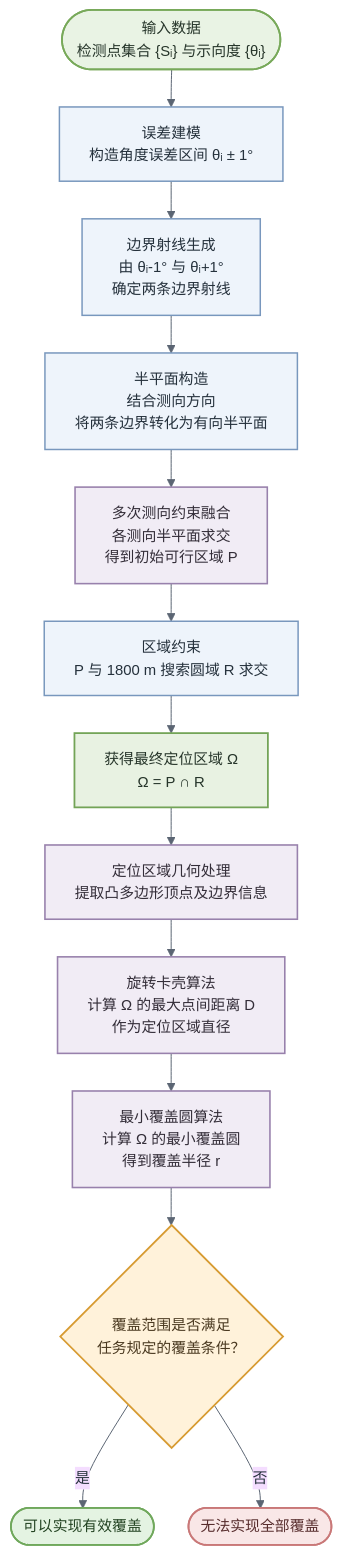
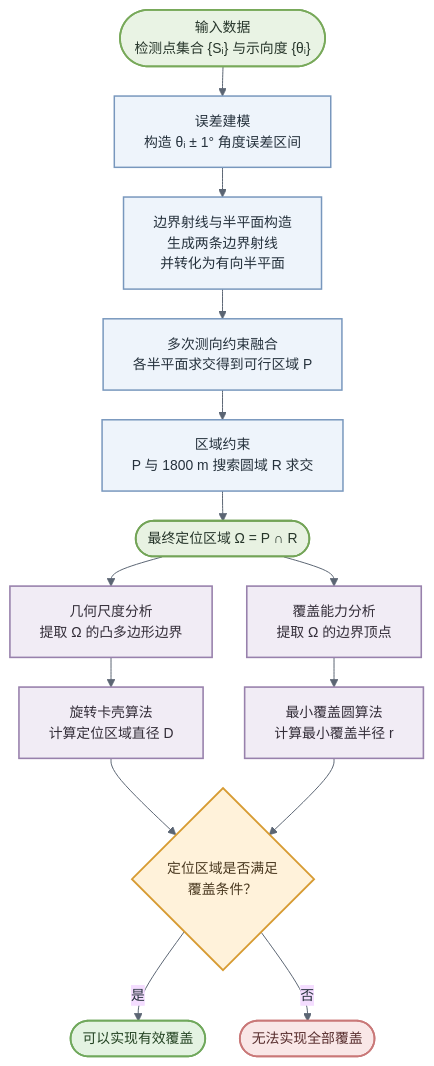
The diagram in all/未命名.md (Kristine922/iodraw-files), drawn with Mermaid before and after one commit.

Commit message:
2026-09-11 18:46:15 update

````diff
--- a/all/未命名.md
+++ b/all/未命名.md
@@ -1,73 +1,70 @@
 ```mermaid
 %%{init: {
   "theme": "base",
   "themeVariables": {
     "fontFamily": "Microsoft YaHei, SimHei, Arial",
-    "fontSize": "15px",
+    "fontSize": "14px",
     "lineColor": "#5B6573",
     "primaryTextColor": "#25313C"
   },
   "flowchart": {
     "curve": "basis",
     "nodeSpacing": 35,
-    "rankSpacing": 38
+    "rankSpacing": 30
   }
 }}%%
 
 flowchart TB
 
 A(["输入数据<br/>检测点集合 {Sᵢ} 与示向度 {θᵢ}"])
 
-B["误差建模<br/>构造角度误差区间 θᵢ ± 1°"]
+B["误差建模<br/>构造 θᵢ ± 1° 角度误差区间"]
 
-C["边界射线生成<br/>由 θᵢ-1° 与 θᵢ+1°<br/>确定两条边界射线"]
+C["边界射线与半平面构造<br/>生成两条边界射线<br/>并转化为有向半平面"]
 
-D["半平面构造<br/>结合测向方向<br/>将两条边界转化为有向半平面"]
+D["多次测向约束融合<br/>各半平面求交得到可行区域 P"]
 
-E["多次测向约束融合<br/>各测向半平面求交<br/>得到初始可行区域 P"]
+E["区域约束<br/>P 与 1800 m 搜索圆域 R 求交"]
 
-F["区域约束<br/>P 与 1800 m 搜索圆域 R 求交"]
+F(["最终定位区域 Ω = P ∩ R"])
 
-G["获得最终定位区域 Ω<br/>Ω = P ∩ R"]
+A --> B --> C --> D --> E --> F
 
-H["定位区域几何处理<br/>提取凸多边形顶点及边界信息"]
+%% 算法并行部分
+F --> G
+F --> H
 
-I["旋转卡壳算法<br/>计算 Ω 的最大点间距离 D<br/>作为定位区域直径"]
+G["几何尺度分析<br/>提取 Ω 的凸多边形边界"]
+I["旋转卡壳算法<br/>计算定位区域直径 D"]
 
-J["最小覆盖圆算法<br/>计算 Ω 的最小覆盖圆<br/>得到覆盖半径 r"]
+H["覆盖能力分析<br/>提取 Ω 的边界顶点"]
+J["最小覆盖圆算法<br/>计算最小覆盖半径 r"]
 
-K{"覆盖范围是否满足<br/>任务规定的覆盖条件？"}
+G --> I
+H --> J
 
-L(["可以实现有效覆盖"])
-M(["无法实现全部覆盖"])
-
-A --> B
-B --> C
-C --> D
-D --> E
-E --> F
-F --> G
-G --> H
-H --> I
-I --> J
+I --> K
 J --> K
 
-K -- "是" --> L
-K -- "否" --> M
+K{"定位区域是否满足<br/>覆盖条件？"}
+
+K -- "是" --> L(["可以实现有效覆盖"])
+K -- "否" --> M(["无法实现全部覆盖"])
+
 
 classDef inputNode fill:#E9F3E4,stroke:#78A95A,stroke-width:1.8px,color:#26352A;
 classDef processNode fill:#EEF4FB,stroke:#7897BD,stroke-width:1.5px,color:#25313C;
-classDef geometryNode fill:#F1ECF5,stroke:#9881AC,stroke-width:1.6px,color:#332D38;
+classDef algoNode fill:#F1ECF5,stroke:#9881AC,stroke-width:1.6px,color:#332D38;
 classDef resultNode fill:#E8F2E2,stroke:#73A457,stroke-width:1.8px,color:#26352A;
 classDef decisionNode fill:#FFF2DA,stroke:#D79B32,stroke-width:1.8px,color:#4A3920;
 classDef successNode fill:#E4F3E2,stroke:#70A85C,stroke-width:1.8px,color:#234322;
 classDef failNode fill:#F9E7E7,stroke:#C97878,stroke-width:1.8px,color:#572D2D;
 
 class A inputNode;
-class B,C,D,F processNode;
-class E,H,I,J geometryNode;
-class G resultNode;
+class B,C,D,E processNode;
+class F resultNode;
+class G,H,I,J algoNode;
 class K decisionNode;
 class L successNode;
 class M failNode;
 ```
````
